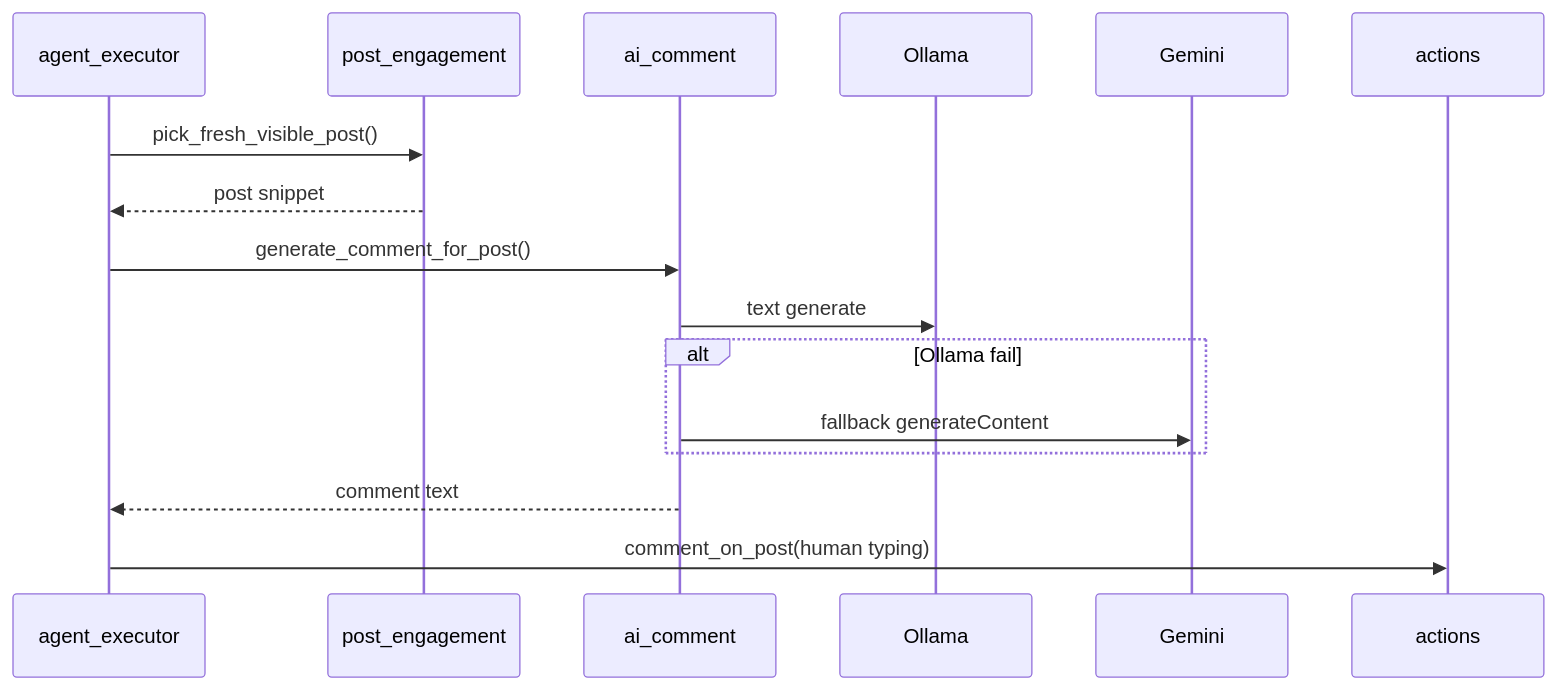
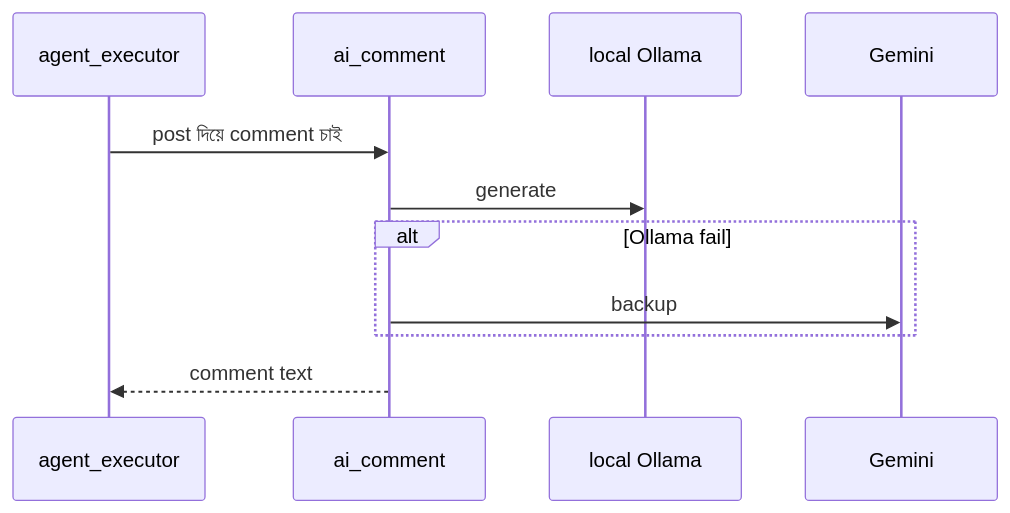
The fourth of 4 diagrams in docs/SYSTEM_DESIGN_BN.md (mohammad-al-samiul/facebook-bot), drawn with Mermaid before and after one commit. The commit also changed other lines of this file and 1 other file, not shown here.

````diff
--- a/docs/SYSTEM_DESIGN_BN.md
+++ b/docs/SYSTEM_DESIGN_BN.md
@@ -454,19 +403,14 @@
 ```mermaid
 sequenceDiagram
     participant E as agent_executor
-    participant P as post_engagement
     participant AI as ai_comment
-    participant O as Ollama
+    participant O as local Ollama
     participant G as Gemini
-    participant A as actions
 
-    E->>P: pick_fresh_visible_post()
-    P-->>E: post snippet
-    E->>AI: generate_comment_for_post()
-    AI->>O: text generate
+    E->>AI: post দিয়ে comment চাই
+    AI->>O: generate
     alt Ollama fail
-        AI->>G: fallback generateContent
+        AI->>G: backup
     end
     AI-->>E: comment text
-    E->>A: comment_on_post(human typing)
 ```
````
